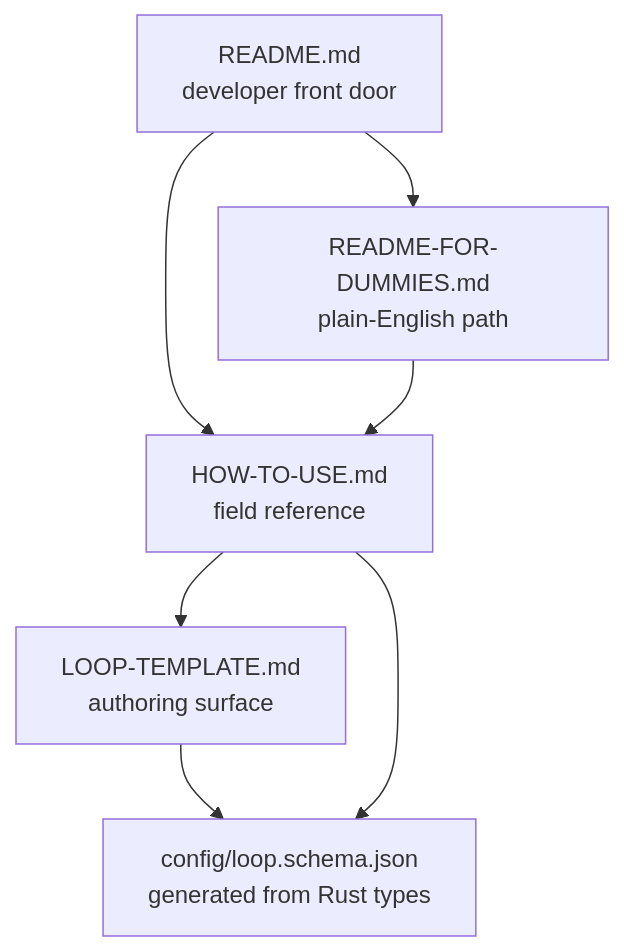
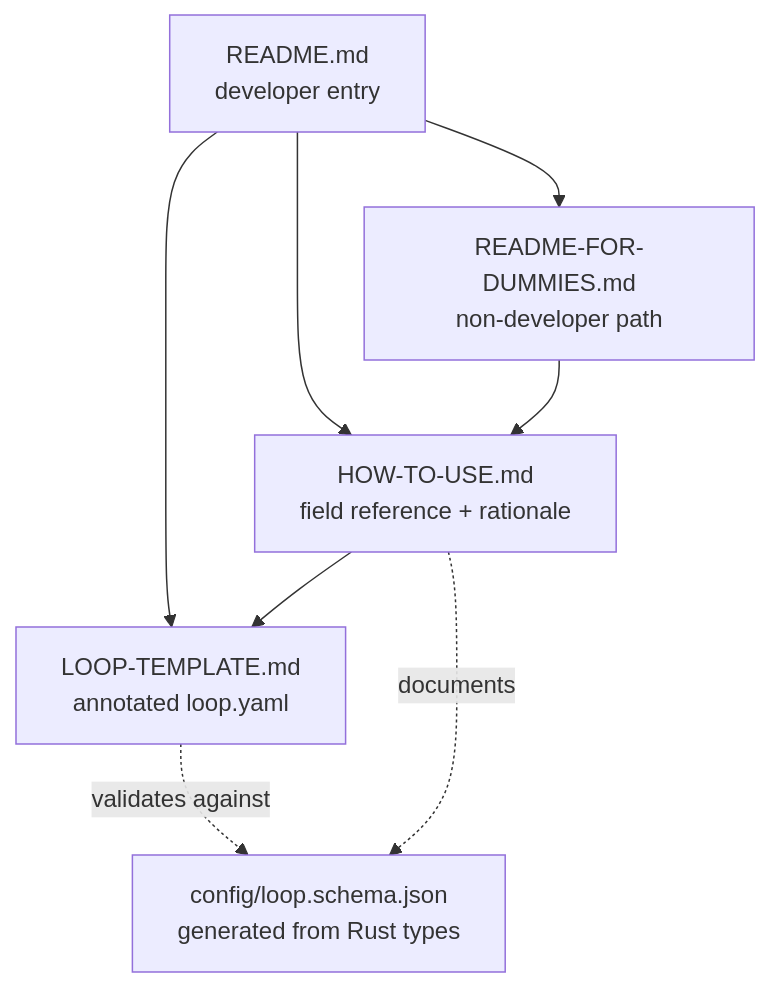
The diagram in wiki/project-documentation.md (bitphill/loopsmith), drawn with Mermaid before and after one commit. The commit also changed other lines of this file and 5 other files, not shown here.

````diff
--- a/wiki/project-documentation.md
+++ b/wiki/project-documentation.md
@@ -20,9 +50,15 @@
 ```mermaid
 flowchart TD
-    R["README.md<br/>developer front door"] --> D["README-FOR-DUMMIES.md<br/>plain-English path"]
-    R --> H["HOW-TO-USE.md<br/>field reference"]
+    R["README.md<br/>developer entry"]
+    D["README-FOR-DUMMIES.md<br/>non-developer path"]
+    H["HOW-TO-USE.md<br/>field reference + rationale"]
+    T["LOOP-TEMPLATE.md<br/>annotated loop.yaml"]
+    S["config/loop.schema.json<br/>generated from Rust types"]
+    R --> D
+    R --> H
+    R --> T
     D --> H
-    H --> T["LOOP-TEMPLATE.md<br/>authoring surface"]
-    T --> S["config/loop.schema.json<br/>generated from Rust types"]
-    H --> S
+    H --> T
+    T -.validates against.-> S
+    H -.documents.-> S
 ```
````
